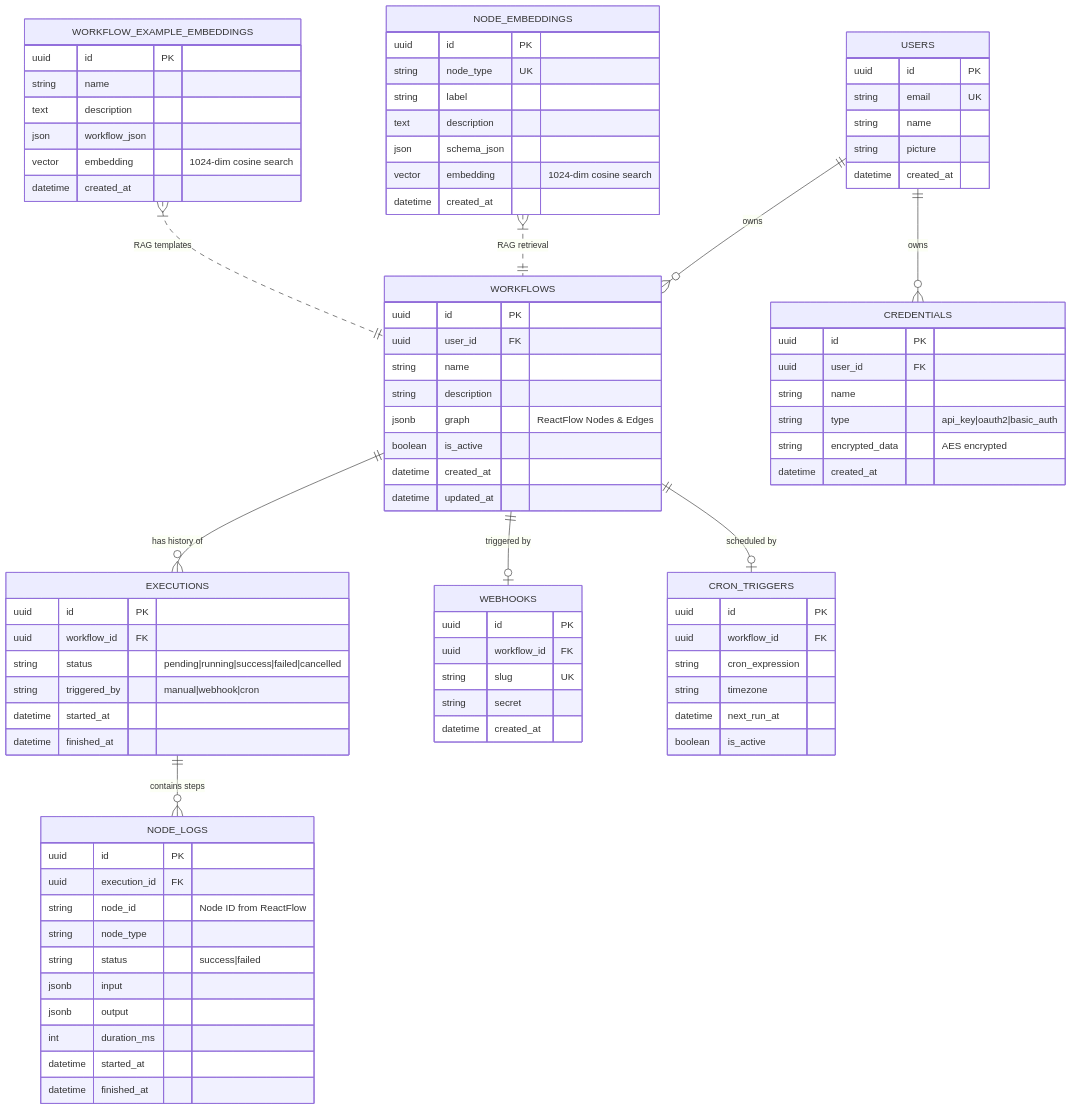
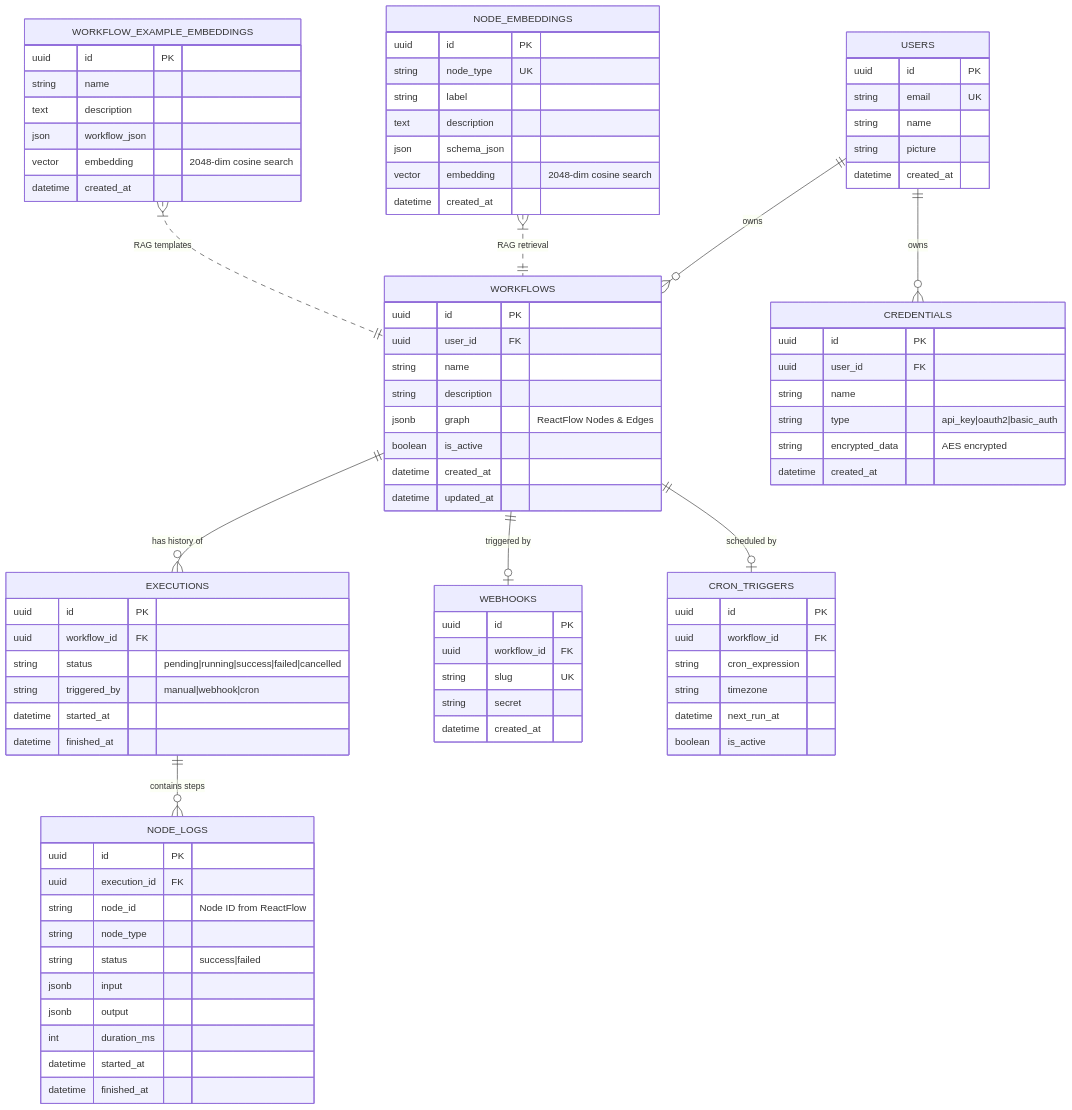
One commit to Iconic-Aman/Noderift changed the third of 3 diagrams in design.md. Above: the diagram before and after it, drawn with Mermaid. The commit also changed other lines of this file and 4 other files, not shown here.

````diff
--- a/design.md
+++ b/design.md
@@ -576,7 +577,7 @@
         string label
         text description
         json schema_json
-        vector embedding "1024-dim cosine search"
+        vector embedding "2048-dim cosine search"
         datetime created_at
     }
 
@@ -585,7 +586,8 @@
         string name
         text description
         json workflow_json
-        vector embedding "1024-dim cosine search"
+        vector embedding "2048-dim cosine search"
         datetime created_at
     }
+
 ```
````
